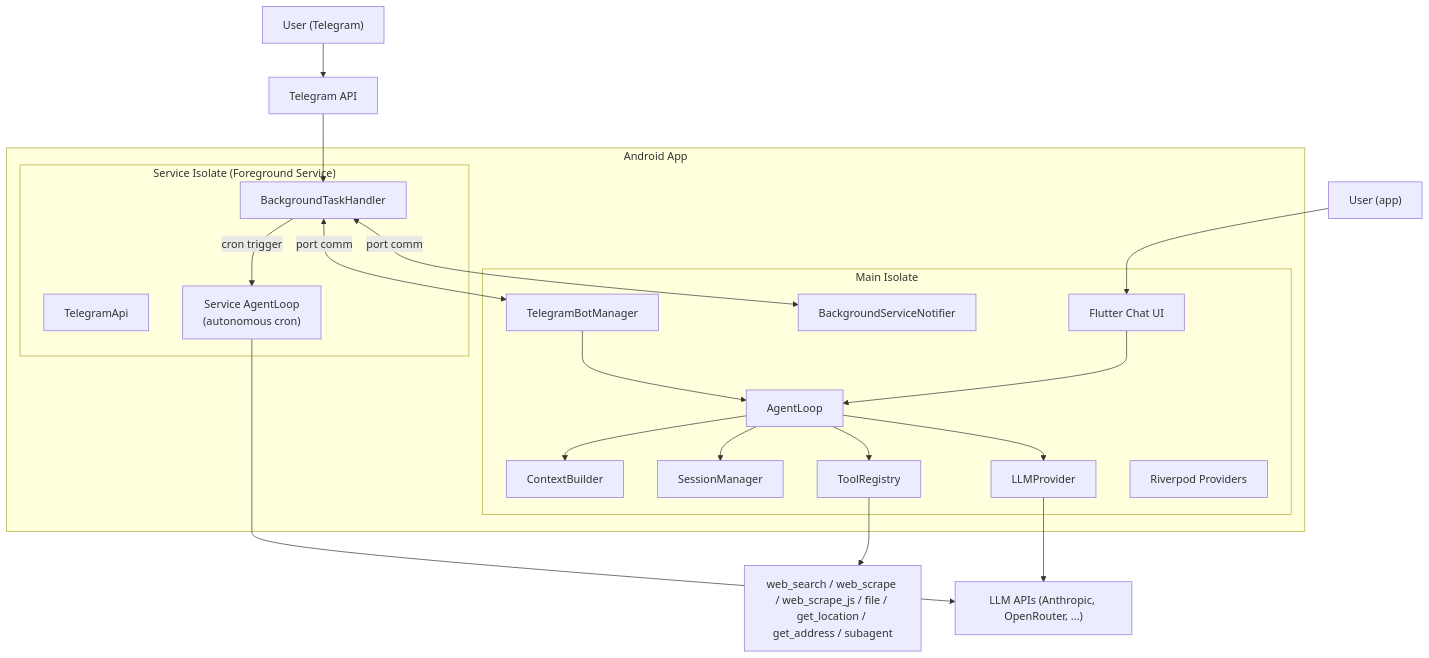
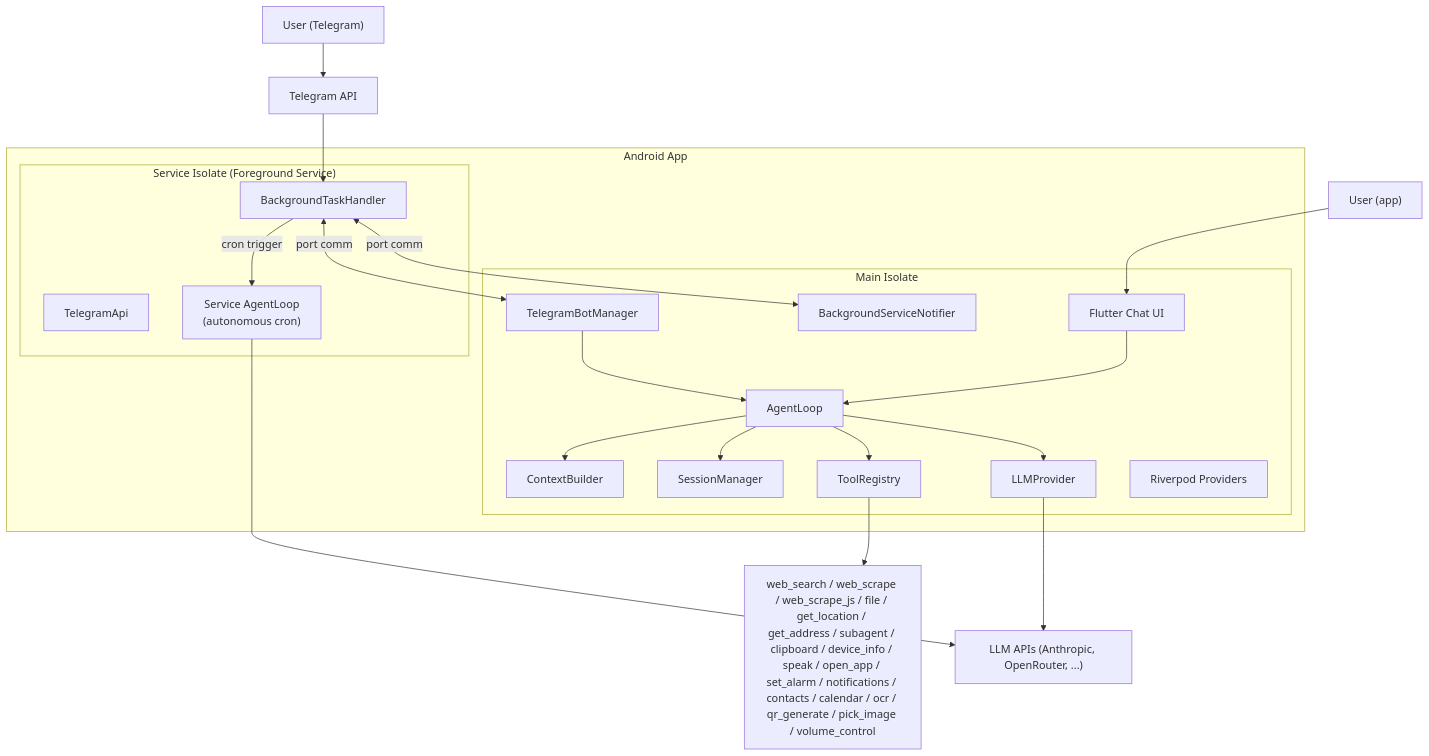
One commit to dgirard/droidclaw changed the first of 3 diagrams in README.md. Above: the diagram before and after it, drawn with Mermaid. The commit also changed other lines of this file and 32 other files, not shown here.

First line of the commit message:
feat: add 12 new tools (Phase 1-3 + volume control)

````diff
--- a/README.md
+++ b/README.md
@@ -57,37 +57,37 @@
 ```mermaid
 graph TB
     subgraph "Android App"
         subgraph "Main Isolate"
             UI["Flutter Chat UI"]
             TM["TelegramBotManager"]
             BG["BackgroundServiceNotifier"]
             AL["AgentLoop"]
             CB["ContextBuilder"]
             SM["SessionManager"]
             TR["ToolRegistry"]
             LP["LLMProvider"]
             RP["Riverpod Providers"]
         end
         subgraph "Service Isolate (Foreground Service)"
             BTH["BackgroundTaskHandler"]
             TA["TelegramApi"]
             SAL["Service AgentLoop\n(autonomous cron)"]
         end
     end
 
     User1["User (app)"] --> UI
     User2["User (Telegram)"] --> TG["Telegram API"]
     TG --> BTH
     BTH <-->|"port comm"| BG
     BTH <-->|"port comm"| TM
     BTH -->|"cron trigger"| SAL
     UI --> AL
     TM --> AL
     AL --> LP
     AL --> TR
     AL --> SM
     AL --> CB
     SAL --> LLM
     LP --> LLM["LLM APIs (Anthropic, OpenRouter, ...)"]
-    TR --> Tools["web_search / web_scrape / web_scrape_js / file / get_location / get_address / subagent"]
+    TR --> Tools["web_search / web_scrape / web_scrape_js / file / get_location / get_address / subagent / clipboard / device_info / speak / open_app / set_alarm / notifications / contacts / calendar / ocr / qr_generate / pick_image / volume_control"]
 ```
````
